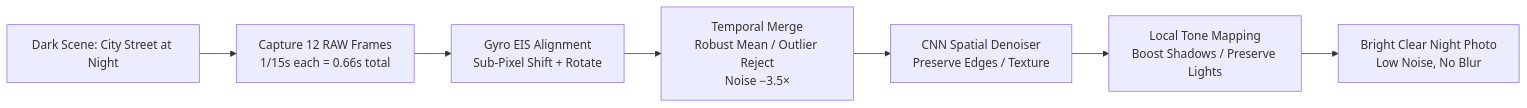
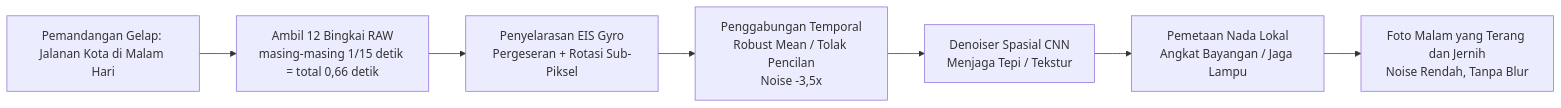
Before and after one commit to zoozooll/AndroidCameraParameters: the third of 7 diagrams in website/i18n/id/docusaurus-plugin-content-docs/current/camera2/what-can-modern-smartphone-cameras-do.md, drawn with Mermaid. The commit also changed other lines of this file and 378 other files, not shown here.

````diff
--- a/website/i18n/id/docusaurus-plugin-content-docs/current/camera2/what-can-modern-smartphone-cameras-do.md
+++ b/website/i18n/id/docusaurus-plugin-content-docs/current/camera2/what-can-modern-smartphone-cameras-do.md
@@ -100,9 +100,9 @@
 ```mermaid
 flowchart LR
-    A[Dark Scene: City Street at Night] --> B[Capture 12 RAW Frames\n1/15s each = 0.66s total]
-    B --> C[Gyro EIS Alignment\nSub-Pixel Shift + Rotate]
-    C --> D[Temporal Merge\nRobust Mean / Outlier Reject\nNoise −3.5×]
-    D --> E[CNN Spatial Denoiser\nPreserve Edges / Texture]
-    E --> F[Local Tone Mapping\nBoost Shadows / Preserve Lights]
-    F --> G[Bright Clear Night Photo\nLow Noise, No Blur]
+    A["Pemandangan Gelap: Jalanan Kota di Malam Hari"] --> B["Ambil 12 Bingkai RAW<br/>masing-masing 1/15 detik = total 0,66 detik"]
+    B --> C["Penyelarasan EIS Gyro<br/>Pergeseran + Rotasi Sub-Piksel"]
+    C --> D["Penggabungan Temporal<br/>Robust Mean / Tolak Pencilan<br/>Noise -3,5x"]
+    D --> E["Denoiser Spasial CNN<br/>Menjaga Tepi / Tekstur"]
+    E --> F["Pemetaan Nada Lokal<br/>Angkat Bayangan / Jaga Lampu"]
+    F --> G["Foto Malam yang Terang dan Jernih<br/>Noise Rendah, Tanpa Blur"]
 ```
````
